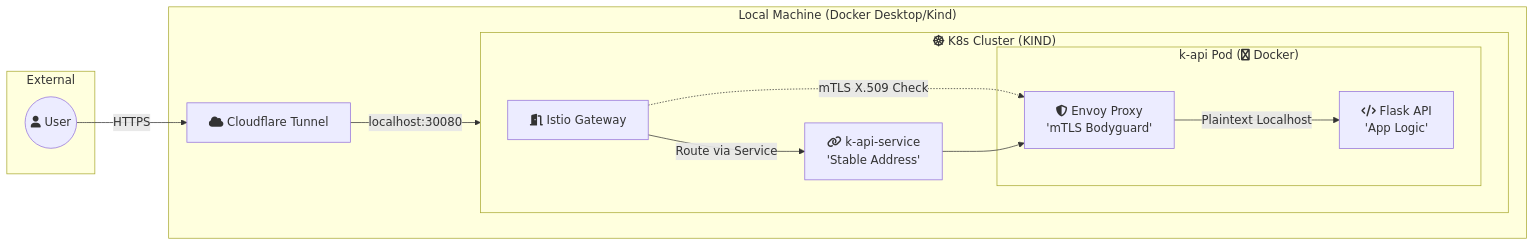
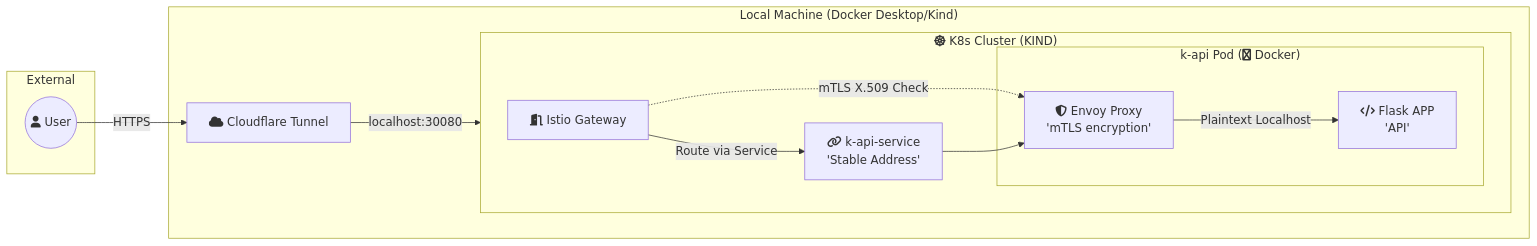
The diagram in diagram.mmd (bdwilliams3/api), drawn with Mermaid before and after one commit. The commit also changed 4 other files, not shown here.

```diff
--- a/diagram.mmd
+++ b/diagram.mmd
@@ -1,26 +1,26 @@
 graph LR
     subgraph Public["External"]
         User((fa:fa-user User))
     end
 
     subgraph Laptop["Local Machine (Docker Desktop/Kind)"]
         CF[fa:fa-cloud Cloudflare Tunnel]
         
         subgraph Cluster["fa:fa-dharmachakra K8s Cluster (KIND)"]
             direction LR
             GW[fa:fa-door-open Istio Gateway]
             SVC[fa:fa-link k-api-service <br/>'Stable Address']
             
             subgraph Pod["k-api Pod (fa:fa-docker Docker)"]
-                Envoy[fa:fa-shield-halved Envoy Proxy <br/>'mTLS Bodyguard']
-                Flask[fa:fa-code Flask API <br/>'App Logic']
+                Envoy[fa:fa-shield-halved Envoy Proxy <br/>'mTLS encryption']
+                Flask[fa:fa-code Flask APP <br/>'API']
             end
         end
     end
 
     User -->|HTTPS| CF
     CF -->|localhost:30080| GW
     GW -.->|mTLS X.509 Check| Envoy
     GW -->|Route via Service| SVC
     SVC --> Envoy
     Envoy -->|Plaintext Localhost| Flask
```
